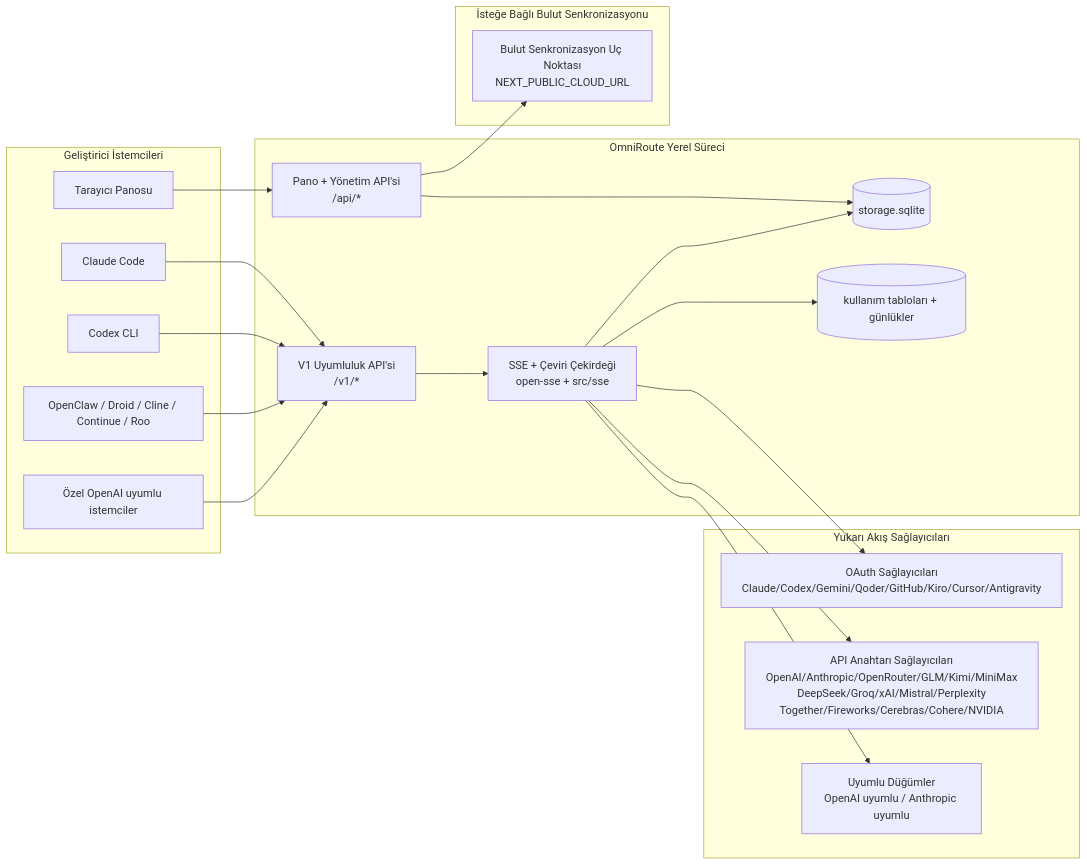
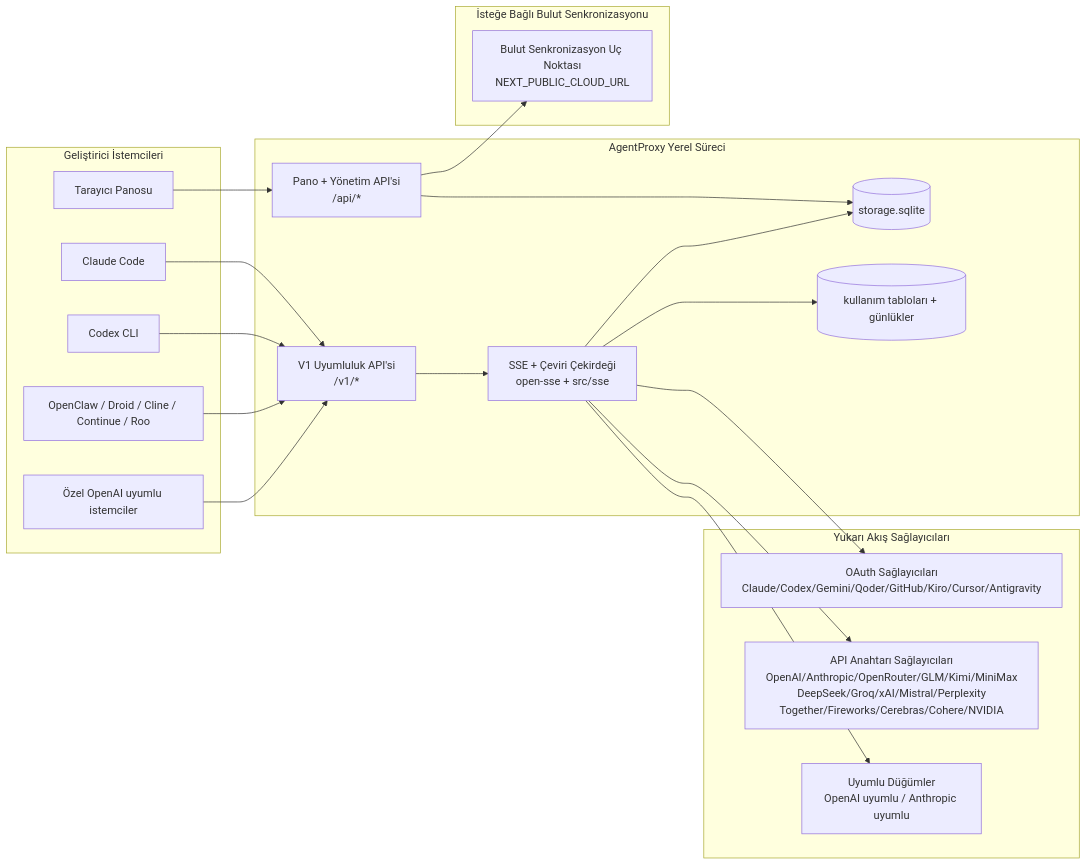
One commit to khanhkit/AgentProxy changed the diagram in docs/i18n/tr/docs/architecture/ARCHITECTURE.md. Above: the diagram before and after it, drawn with Mermaid. The commit also changed other lines of this file and 6043 other files, not shown here.

Commit message:
wip(release): checkpoint AgentProxy identity cleanup

````diff
--- a/docs/i18n/tr/docs/architecture/ARCHITECTURE.md
+++ b/docs/i18n/tr/docs/architecture/ARCHITECTURE.md
@@ -164,45 +164,45 @@
 ```mermaid
 flowchart LR
     subgraph Clients[Geliştirici İstemcileri]
         C1[Claude Code]
         C2[Codex CLI]
         C3[OpenClaw / Droid / Cline / Continue / Roo]
         C4[Özel OpenAI uyumlu istemciler]
         BROWSER[Tarayıcı Panosu]
     end
 
-    subgraph Router[OmniRoute Yerel Süreci]
+    subgraph Router[AgentProxy Yerel Süreci]
         API[V1 Uyumluluk API'si\n/v1/*]
         DASH[Pano + Yönetim API'si\n/api/*]
         CORE[SSE + Çeviri Çekirdeği\nopen-sse + src/sse]
         DB[(storage.sqlite)]
         UDB[(kullanım tabloları + günlükler)]
     end
 
     subgraph Upstreams[Yukarı Akış Sağlayıcıları]
         P1[OAuth Sağlayıcıları\nClaude/Codex/Gemini/Qoder/GitHub/Kiro/Cursor/Antigravity]
         P2[API Anahtarı Sağlayıcıları\nOpenAI/Anthropic/OpenRouter/GLM/Kimi/MiniMax\nDeepSeek/Groq/xAI/Mistral/Perplexity\nTogether/Fireworks/Cerebras/Cohere/NVIDIA]
         P3[Uyumlu Düğümler\nOpenAI uyumlu / Anthropic uyumlu]
     end
 
     subgraph Cloud[İsteğe Bağlı Bulut Senkronizasyonu]
         CLOUD[Bulut Senkronizasyon Uç Noktası\nNEXT_PUBLIC_CLOUD_URL]
     end
 
     C1 --> API
     C2 --> API
     C3 --> API
     C4 --> API
     BROWSER --> DASH
 
     API --> CORE
     DASH --> DB
     CORE --> DB
     CORE --> UDB
 
     CORE --> P1
     CORE --> P2
     CORE --> P3
 
     DASH --> CLOUD
 ```
````
